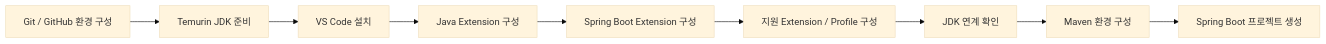
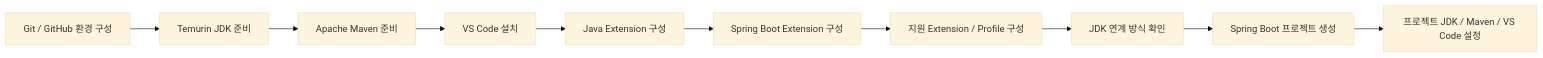
One commit to Team-Microserver/microserver-docs changed the first of 3 diagrams in docs/01_project_start/02_environment/vscode/vscode_setup.md. Above: the diagram before and after it, drawn with Mermaid (base theme). The commit also changed other lines of this file and 15 other files, not shown here.

````diff
--- a/docs/01_project_start/02_environment/vscode/vscode_setup.md
+++ b/docs/01_project_start/02_environment/vscode/vscode_setup.md
@@ -41,11 +41,12 @@
 ```mermaid
 flowchart LR
     A[Git / GitHub 환경 구성] --> B[Temurin JDK 준비]
-    B --> C[VS Code 설치]
-    C --> D[Java Extension 구성]
-    D --> E[Spring Boot Extension 구성]
-    E --> F[지원 Extension / Profile 구성]
-    F --> G[JDK 연계 확인]
-    G --> H[Maven 환경 구성]
+    B --> C[Apache Maven 준비]
+    C --> D[VS Code 설치]
+    D --> E[Java Extension 구성]
+    E --> F[Spring Boot Extension 구성]
+    F --> G[지원 Extension / Profile 구성]
+    G --> H[JDK 연계 방식 확인]
     H --> I[Spring Boot 프로젝트 생성]
+    I --> J[프로젝트 JDK / Maven / VS Code 설정]
 ```
````
